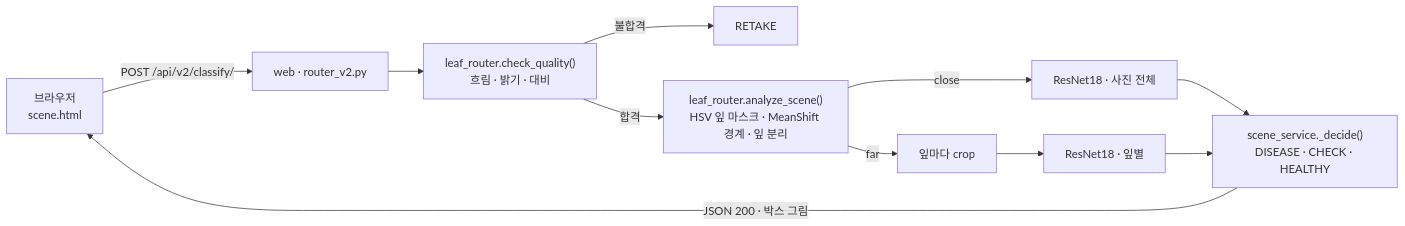
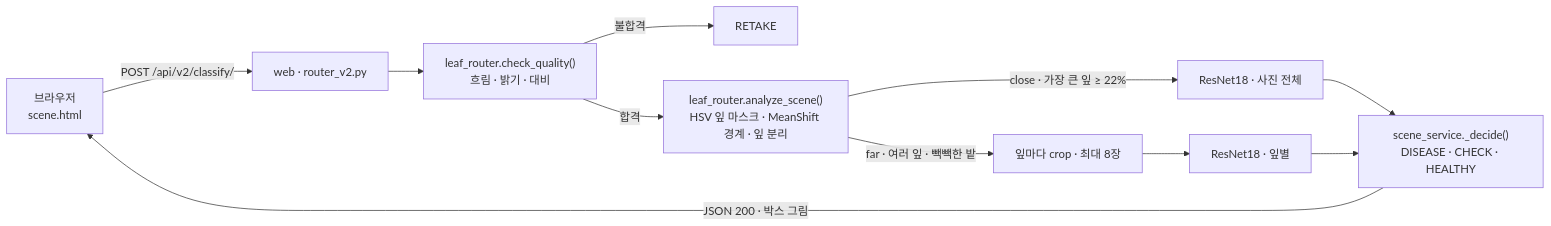
The second of 2 diagrams in reports/02_시스템_아키텍처.md (sunghyunglee6334-web/fastapi-beans-resnet18-project), drawn with Mermaid before and after one commit. The commit also changed other lines of this file and 7 other files, not shown here.

Commit message:
docs: 최종 Architecture (v2 근접 / 원거리 흐름) · 08 처리 흐름 Mermaid · 의사코드 · 산출물 최종 모델 표기

````diff
--- a/reports/02_시스템_아키텍처.md
+++ b/reports/02_시스템_아키텍처.md
@@ -79,12 +84,12 @@
 ```mermaid
 flowchart LR
     B["브라우저<br/>scene.html"] -->|POST /api/v2/classify/| F["web · router_v2.py"]
     F --> Q["leaf_router.check_quality()<br/>흐림 · 밝기 · 대비"]
     Q -->|불합격| R["RETAKE"]
     Q -->|합격| S["leaf_router.analyze_scene()<br/>HSV 잎 마스크 · MeanShift 경계 · 잎 분리"]
-    S -->|close| M["ResNet18 · 사진 전체"]
-    S -->|far| C["잎마다 crop"] --> M2["ResNet18 · 잎별"]
+    S -->|close · 가장 큰 잎 ≥ 22%| M["ResNet18 · 사진 전체"]
+    S -->|far · 여러 잎 · 빽빽한 밭| C["잎마다 crop · 최대 8장"] --> M2["ResNet18 · 잎별"]
     M --> D["scene_service._decide()<br/>DISEASE · CHECK · HEALTHY"]
     M2 --> D
     D -->|JSON 200 · 박스 그림| B
 ```
````
